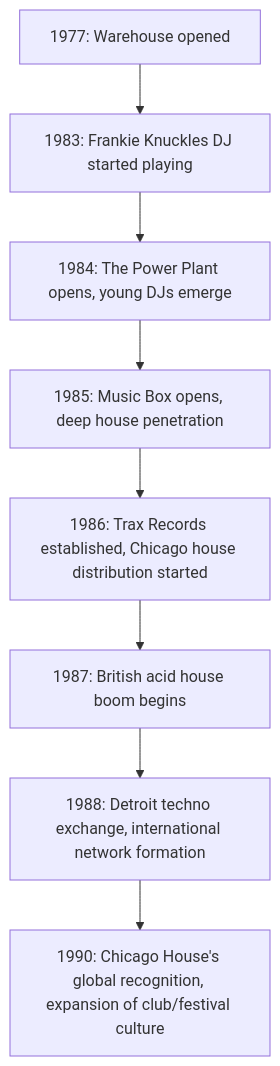
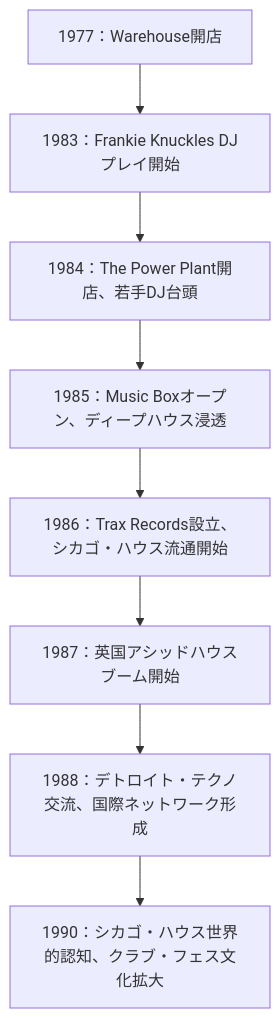
Before and after one commit to monumental-movement/monumental-movement.github.io: the diagram in en/_posts/2025-10-11-Colum-Chicago-House.md, drawn with Mermaid. The commit also changed other lines of this file and 1724 other files, not shown here.

```diff
--- a/en/_posts/2025-10-11-Colum-Chicago-House.md
+++ b/en/_posts/2025-10-11-Colum-Chicago-House.md
@@ -165,12 +163,12 @@
 <div class="mermaid">
 
 flowchart TD
-A1977["1977: Warehouse opened"] --> B1983["1983: Frankie Knuckles DJ started playing"]
-B1983 --> C1984["1984: The Power Plant opens, young DJs emerge"]
-C1984 --> D1985["1985: Music Box opens, deep house penetration"]
-D1985 --> E1986["1986: Trax Records established, Chicago house distribution started"]
-E1986 --> F1987["1987: British acid house boom begins"]
-F1987 --> G1988["1988: Detroit techno exchange, international network formation"]
-G1988 --> H1990["1990: Chicago House's global recognition, expansion of club/festival culture"]
+    A1977["1977：Warehouse開店"] --> B1983["1983：Frankie Knuckles DJプレイ開始"]
+    B1983 --> C1984["1984：The Power Plant開店、若手DJ台頭"]
+    C1984 --> D1985["1985：Music Boxオープン、ディープハウス浸透"]
+    D1985 --> E1986["1986：Trax Records設立、シカゴ・ハウス流通開始"]
+    E1986 --> F1987["1987：英国アシッドハウスブーム開始"]
+    F1987 --> G1988["1988：デトロイト・テクノ交流、国際ネットワーク形成"]
+    G1988 --> H1990["1990：シカゴ・ハウス世界的認知、クラブ・フェス文化拡大"]
 
 </div>
```
